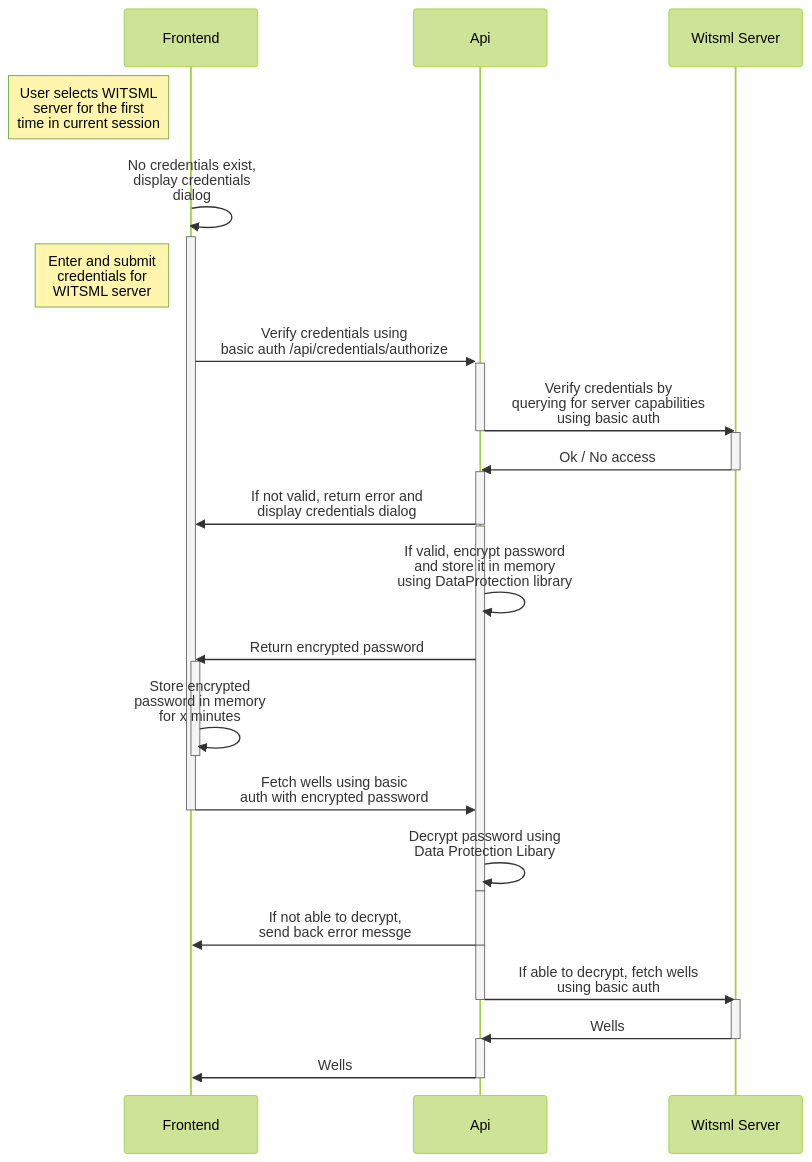
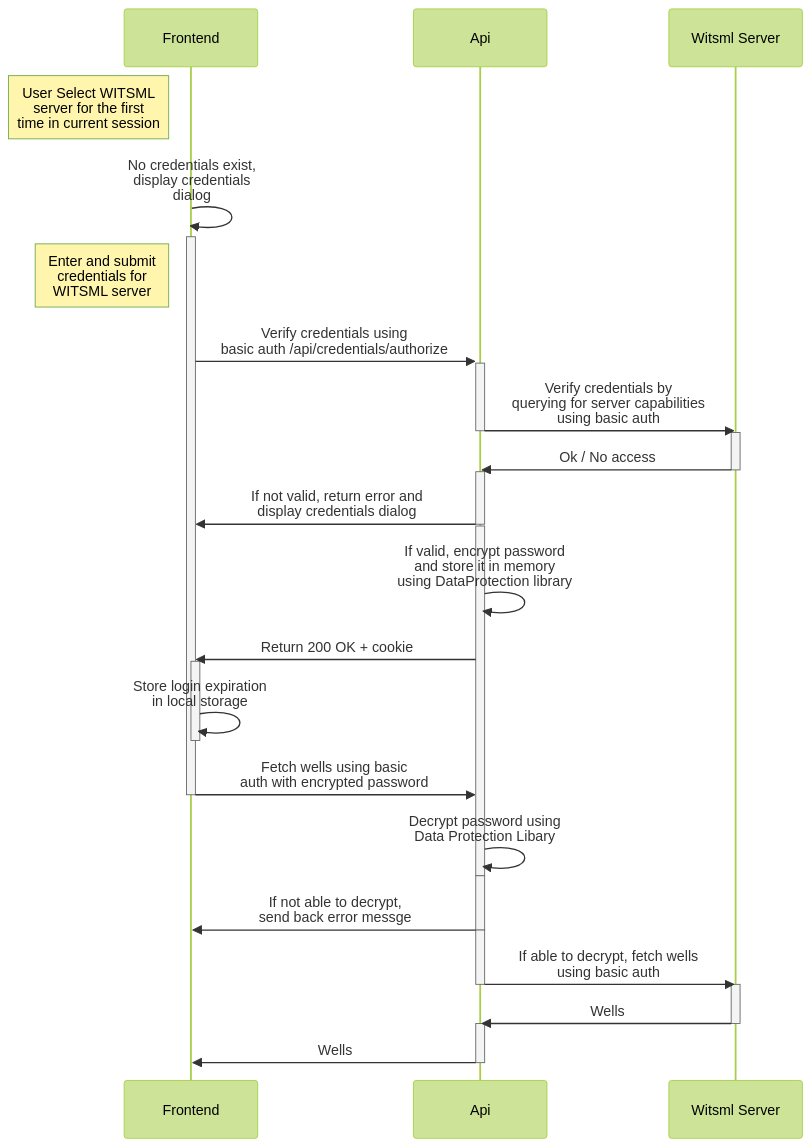
Before and after one commit to equinor/witsml-explorer: the first of 2 diagrams in AUTH.md, drawn with Mermaid (forest theme).

Commit message:
Change frontend storage

````diff
--- a/AUTH.md
+++ b/AUTH.md
@@ -19,27 +19,27 @@
 ```mermaid
 sequenceDiagram
-    Note left of Frontend: User selects  WITSML <br> server for the first <br> time in current session
+    Note left of Frontend: User Select  WITSML <br> server for the first <br> time in current session
     Frontend->>+Frontend: No credentials exist,<br/> display credentials <br/> dialog
     Note left of Frontend: Enter and submit <br> credentials for <br> WITSML server
     Frontend->>+Api: Verify credentials using <br/> basic auth /api/credentials/authorize
     Api->>-Witsml Server: Verify credentials by <br/> querying for server capabilities <br/> using basic auth
     activate Witsml Server
     Witsml Server ->>- Api: Ok / No access 
     activate Api
     Api->>-Frontend: If not valid, return error and <br> display credentials dialog
     activate Api
     Api->>Api: If valid, encrypt password <br> and store it in memory <br> using DataProtection library
-    Api->>Frontend: Return encrypted password
+    Api->>Frontend: Return 200 OK + cookie
     activate Frontend
-    Frontend->>-Frontend: Store encrypted <br> password in memory <br> for x minutes
+    Frontend->>-Frontend: Store login expiration  <br> in local storage
     Frontend->>-Api: Fetch wells using basic <br>auth with encrypted password
     Api->>-Api: Decrypt password using <br> Data Protection Libary
     activate Api
     Api->>-Frontend: If not able to decrypt, <br> send back error messge
     activate Api
     Api->>-Witsml Server: If able to decrypt, fetch wells <br> using basic auth
     activate Witsml Server
     Witsml Server->>-Api: Wells
     activate Api
     Api->>-Frontend: Wells
 ```
````
